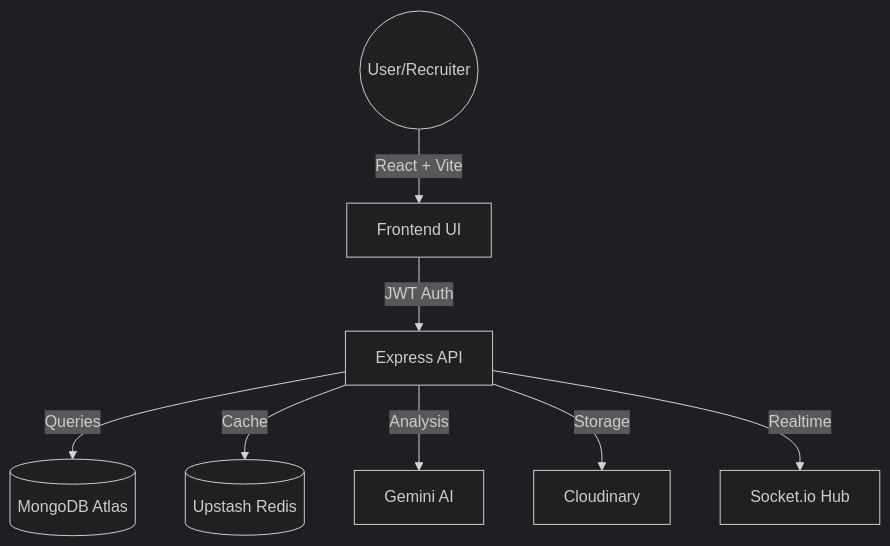
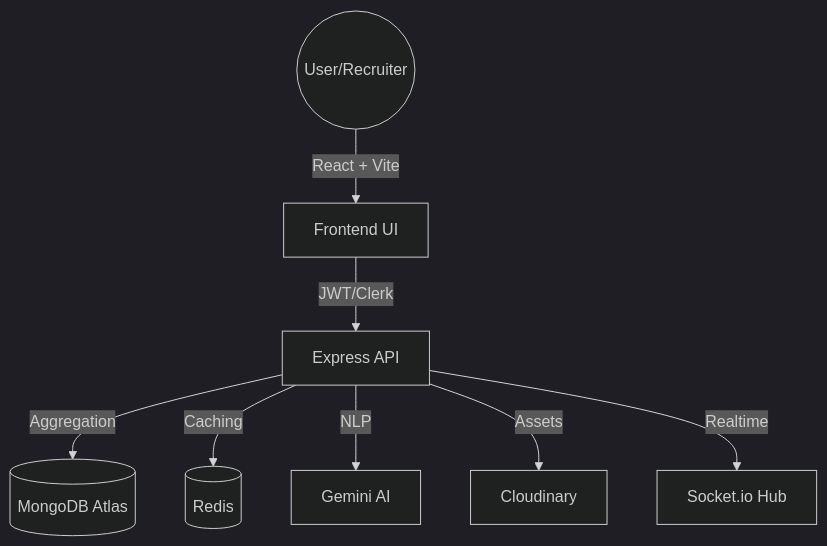
The diagram in README.md (SriHarshaRajuY/SkillNest), drawn with Mermaid (dark theme) before and after one commit. The commit also changed other lines of this file and 59 other files, not shown here.

````diff
--- a/README.md
+++ b/README.md
@@ -35,10 +30,10 @@
 ```mermaid
 graph TD
     User((User/Recruiter)) -->|React + Vite| Frontend[Frontend UI]
-    Frontend -->|JWT Auth| Backend[Express API]
-    Backend -->|Queries| MongoDB[(MongoDB Atlas)]
-    Backend -->|Cache| Redis[(Upstash Redis)]
-    Backend -->|Analysis| Gemini[Gemini AI]
-    Backend -->|Storage| Cloudinary[Cloudinary]
+    Frontend -->|JWT/Clerk| Backend[Express API]
+    Backend -->|Aggregation| MongoDB[(MongoDB Atlas)]
+    Backend -->|Caching| Redis[(Redis)]
+    Backend -->|NLP| Gemini[Gemini AI]
+    Backend -->|Assets| Cloudinary[Cloudinary]
     Backend -->|Realtime| Socket[Socket.io Hub]
 ```
````
